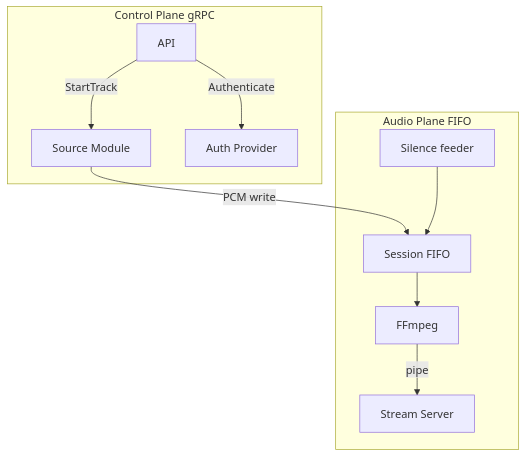
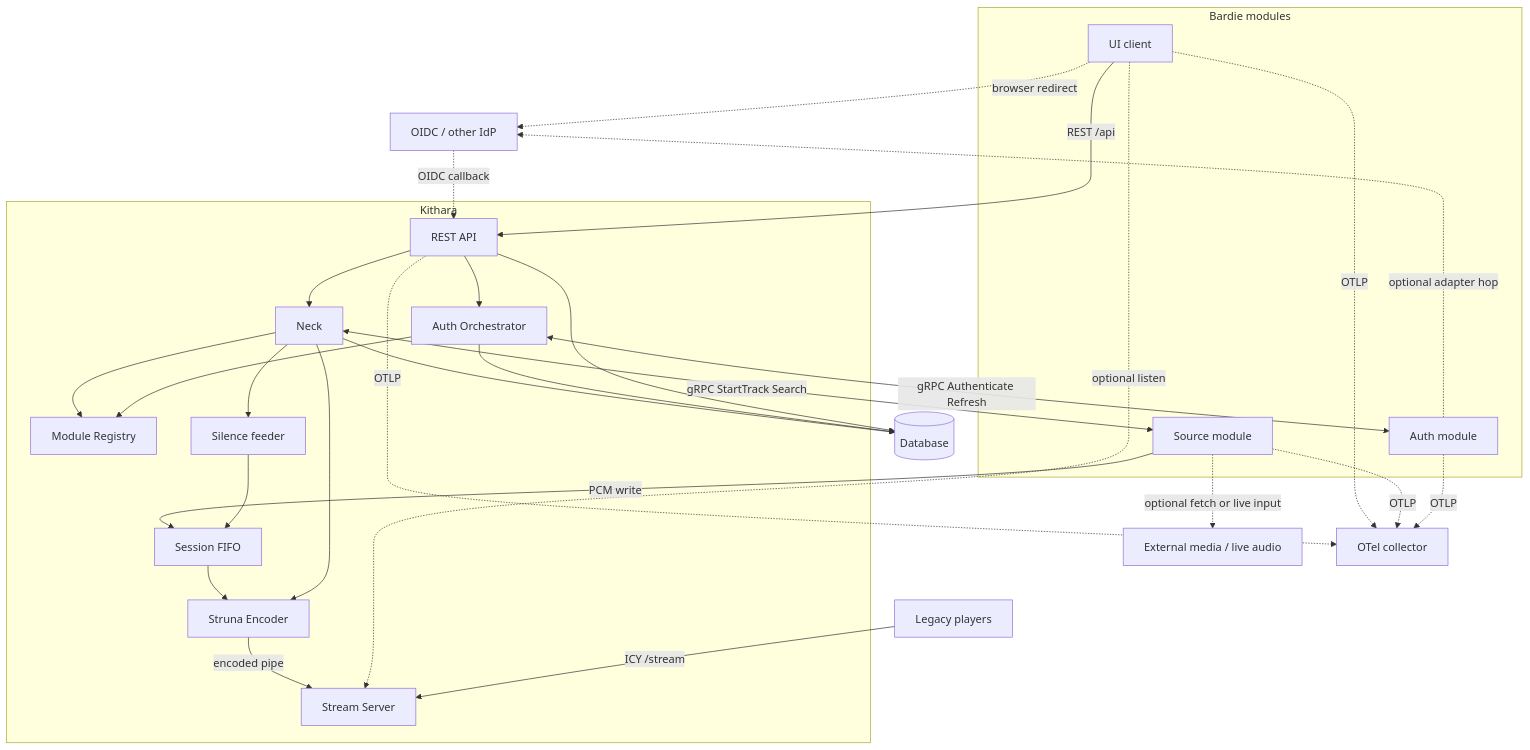
Before and after one commit to Bardie-radio/bardie-kithara: the diagram in docs/architecture/overview/03-runtime-data-flow.md, drawn with Mermaid. The commit also changed other lines of this file and 35 other files, not shown here.

````diff
--- a/docs/architecture/overview/03-runtime-data-flow.md
+++ b/docs/architecture/overview/03-runtime-data-flow.md
@@ -4,13 +6,56 @@
 ```mermaid
 flowchart TB
-  subgraph control [Control Plane gRPC]
-    API -->|StartTrack| SrcMod[Source Module]
-    API -->|Authenticate| AuthMod[Auth Provider]
+  IdP["OIDC / other IdP"]
+  Media["External media / live audio"]
+  DB[(Database)]
+  OTel[OTel collector]
+  Players[Legacy players]
+
+  subgraph modules [Bardie modules]
+    UI[UI client]
+    Auth[Auth module]
+    Src[Source module]
   end
-  subgraph audio [Audio Plane FIFO]
-    SrcMod -->|PCM write| FIFO[Session FIFO]
-    Silence[Silence feeder] --> FIFO
-    FIFO --> FF[FFmpeg]
-    FF -->|pipe| SS[Stream Server]
+
+  subgraph kithara [Kithara]
+    API[REST API]
+    AuthOrch[Auth Orchestrator]
+    Registry[Module Registry]
+    Neck[Neck]
+    Silence[Silence feeder]
+    FIFO[Session FIFO]
+    Encoder[Struna Encoder]
+    StreamSrv[Stream Server]
   end
+
+  UI -->|REST /api| API
+  Players -->|ICY /stream| StreamSrv
+  UI -.->|optional listen| StreamSrv
+
+  API --> AuthOrch
+  API --> Neck
+  API --> DB
+  AuthOrch --> DB
+  Neck --> DB
+  AuthOrch --> Registry
+  Neck --> Registry
+  Neck --> Silence
+  Silence --> FIFO
+  Neck --> Encoder
+  FIFO --> Encoder
+  Encoder -->|encoded pipe| StreamSrv
+
+  AuthOrch <-->|gRPC Authenticate Refresh| Auth
+  Auth -.->|optional adapter hop| IdP
+  UI -.->|browser redirect| IdP
+  IdP -.->|OIDC callback| API
+
+  Neck <-->|gRPC StartTrack Search| Src
+  Src -->|PCM write| FIFO
+  Src -.->|optional fetch or live input| Media
+
+  API -.->|OTLP| OTel
+  Auth -.->|OTLP| OTel
+  Src -.->|OTLP| OTel
+  UI -.->|OTLP| OTel
 ```
````
